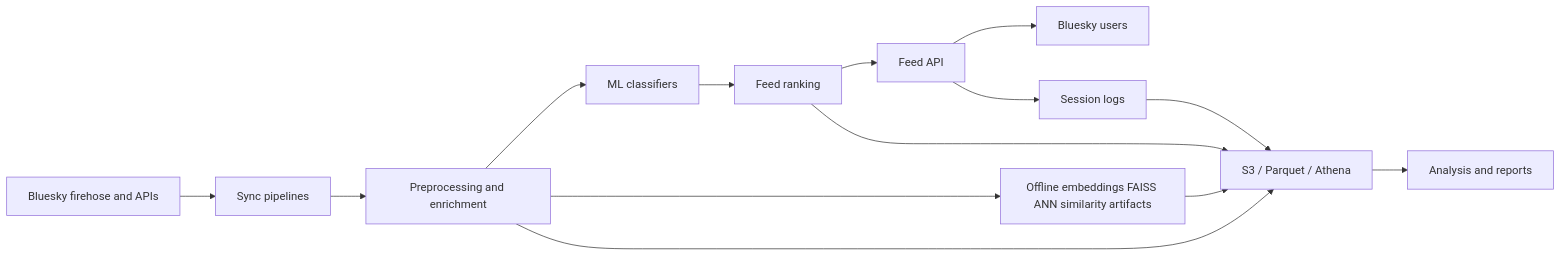
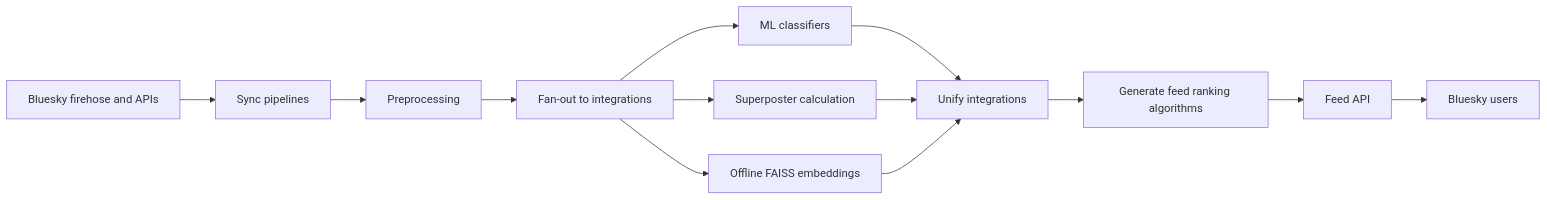
One commit to METResearchGroup/bluesky-research changed the diagram in README.md. Above: the diagram before and after it, drawn with Mermaid. The commit also changed other lines of this file and 1 other file, not shown here.

````diff
--- a/README.md
+++ b/README.md
@@ -19,16 +19,15 @@
 ```mermaid
 flowchart LR
   B[Bluesky firehose and APIs] --> S[Sync pipelines]
-  S --> P[Preprocessing and enrichment]
-  P --> M[ML classifiers]
-  P --> V[Offline embeddings FAISS ANN similarity artifacts]
-  M --> R[Feed ranking]
-  V --> D[S3 / Parquet / Athena]
+  S --> P[Preprocessing]
+  P --> C[Fan-out to integrations]
+  C --> M[ML classifiers]
+  C --> SP[Superposter calculation]
+  C --> V[Offline FAISS embeddings]
+  M --> U[Unify integrations]
+  SP --> U
+  V --> U
+  U --> R[Generate feed ranking algorithms]
   R --> A[Feed API]
-  A --> U[Bluesky users]
-  A --> L[Session logs]
-  P --> D
-  R --> D
-  L --> D
-  D --> AN[Analysis and reports]
+  A --> U2[Bluesky users]
 ```
````
